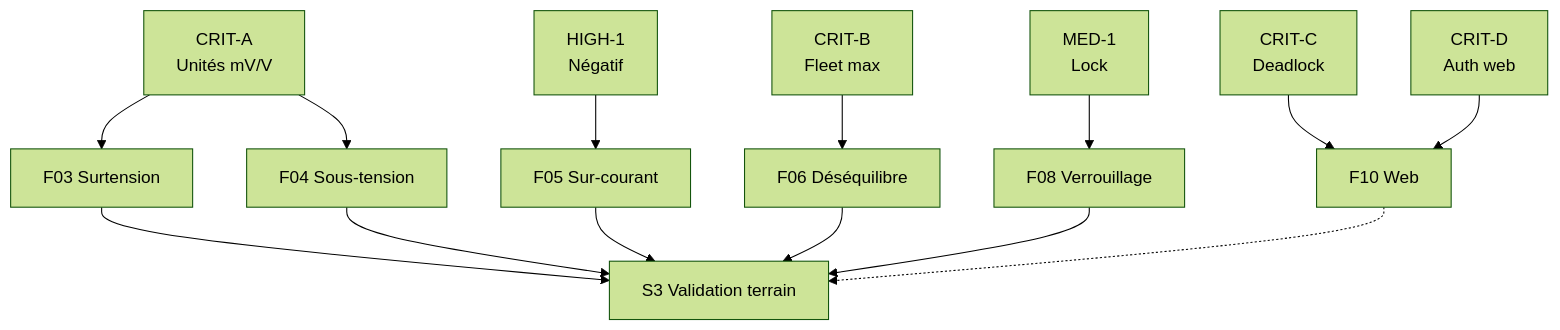
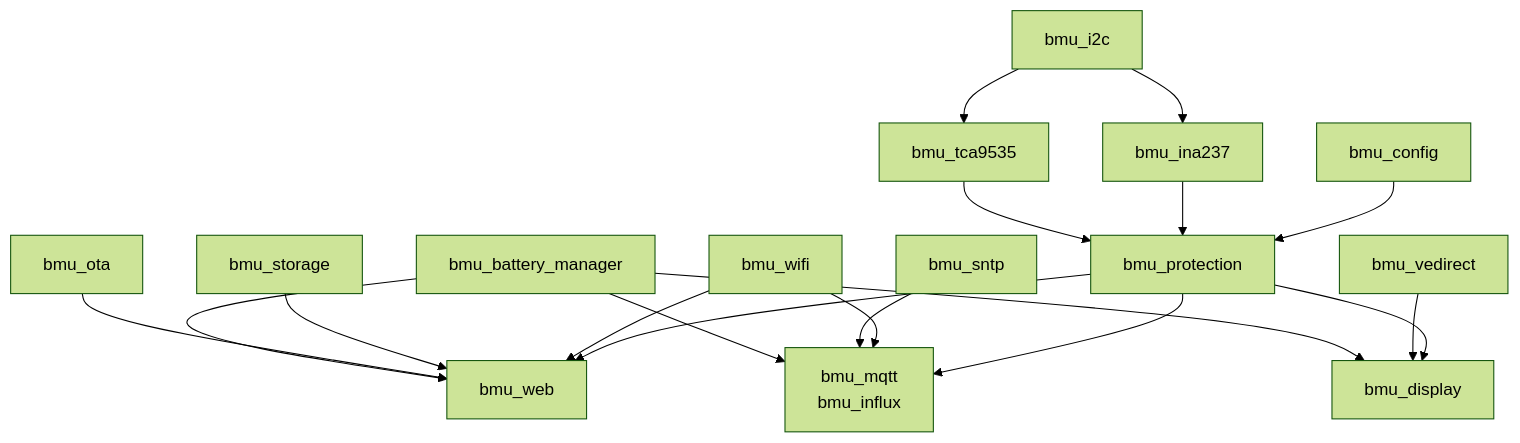
Before and after one commit to KomplexKapharnaum/KXKM_Batterie_Parallelator: the diagram in docs/governance/feature-map.md, drawn with Mermaid (forest theme). The commit also changed other lines of this file and 2 other files, not shown here.

First line of the commit message:
docs: update architecture diagrams (9 Mermaid), feature map (F01-F18), CLAUDE.md (3 stacks)

````diff
--- a/docs/governance/feature-map.md
+++ b/docs/governance/feature-map.md
@@ -49,17 +39,16 @@
 ```mermaid
 flowchart TD
-  CRITA[CRIT-A\nUnités mV/V] --> F03[F03 Surtension]
-  CRITA --> F04[F04 Sous-tension]
-  CRITB[CRIT-B\nFleet max] --> F06[F06 Déséquilibre]
-  CRITC[CRIT-C\nDeadlock] --> F10[F10 Web]
-  CRITD[CRIT-D\nAuth web] --> F10
-  HIGH1[HIGH-1\nNégatif] --> F05[F05 Sur-courant]
-  MED1[MED-1\nLock] --> F08[F08 Verrouillage]
-
-  F03 --> S3[S3 Validation terrain]
-  F04 --> S3
-  F05 --> S3
-  F06 --> S3
-  F08 --> S3
-  F10 -.-> S3
+  CFG[bmu_config] --> PROT[bmu_protection]
+  INA[bmu_ina237] --> PROT
+  TCA[bmu_tca9535] --> PROT
+  I2C[bmu_i2c] --> INA & TCA
+  PROT --> WEB[bmu_web]
+  PROT --> DISP[bmu_display]
+  PROT --> CLOUD[bmu_mqtt\nbmu_influx]
+  WIFI[bmu_wifi] --> WEB & CLOUD
+  SNTP[bmu_sntp] --> CLOUD
+  STOR[bmu_storage] --> WEB
+  OTA[bmu_ota] --> WEB
+  VEDR[bmu_vedirect] --> DISP
+  BMGR[bmu_battery_manager] --> WEB & DISP & CLOUD
 ```
````
